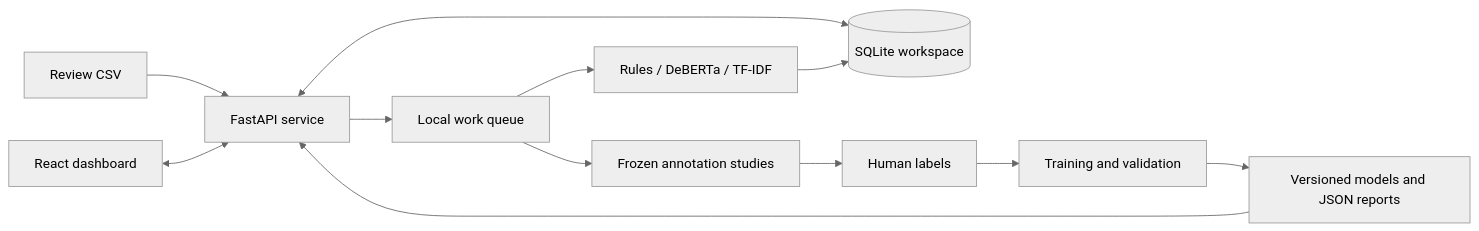
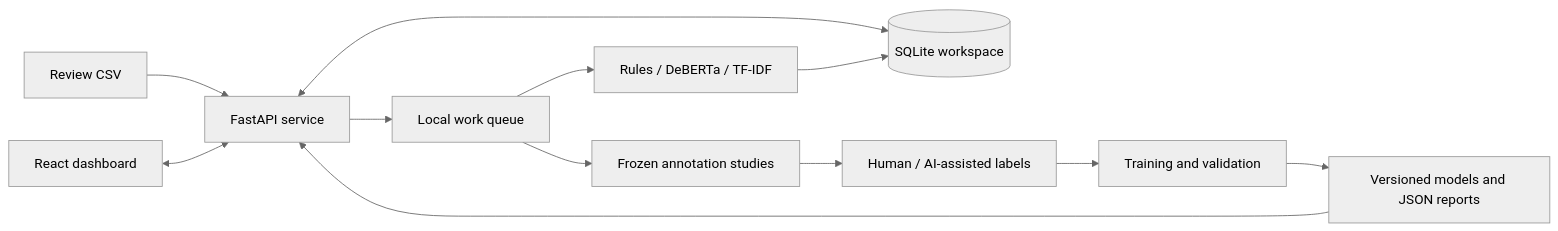
One commit to raghavnimbalkar1/Aspect-Based-Sentiment-Analysis-of-Smartphone-Reviews changed the diagram in README.md. Above: the diagram before and after it, drawn with Mermaid (neutral theme). The commit also changed other lines of this file and 14 other files, not shown here.

````diff
--- a/README.md
+++ b/README.md
@@ -97,14 +97,14 @@
 ```mermaid
 flowchart LR
     Reviews[Review CSV] --> API[FastAPI service]
     UI[React dashboard] <--> API
     API <--> DB[(SQLite workspace)]
     API --> Queue[Local work queue]
     Queue --> Models[Rules / DeBERTa / TF-IDF]
     Models --> DB
     Queue --> Studies[Frozen annotation studies]
-    Studies --> Human[Human labels]
+    Studies --> Human[Human / AI-assisted labels]
     Human --> Experiments[Training and validation]
     Experiments --> Reports[Versioned models and JSON reports]
     Reports --> API
 ```
````
